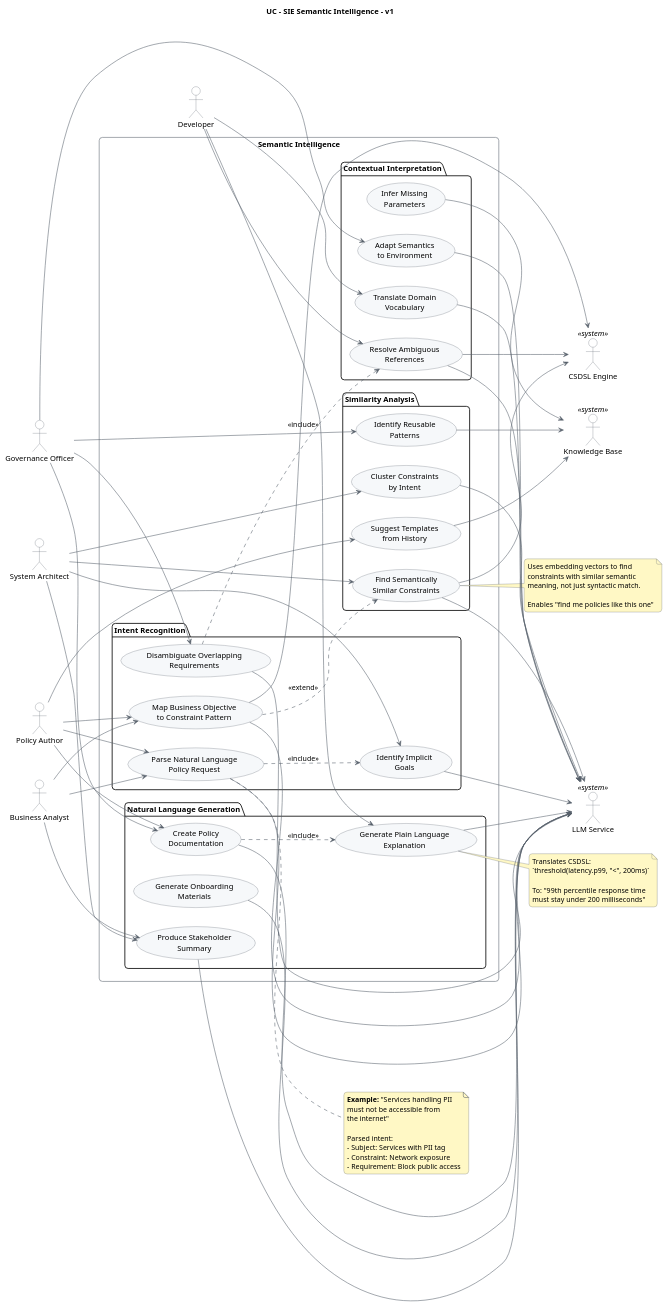
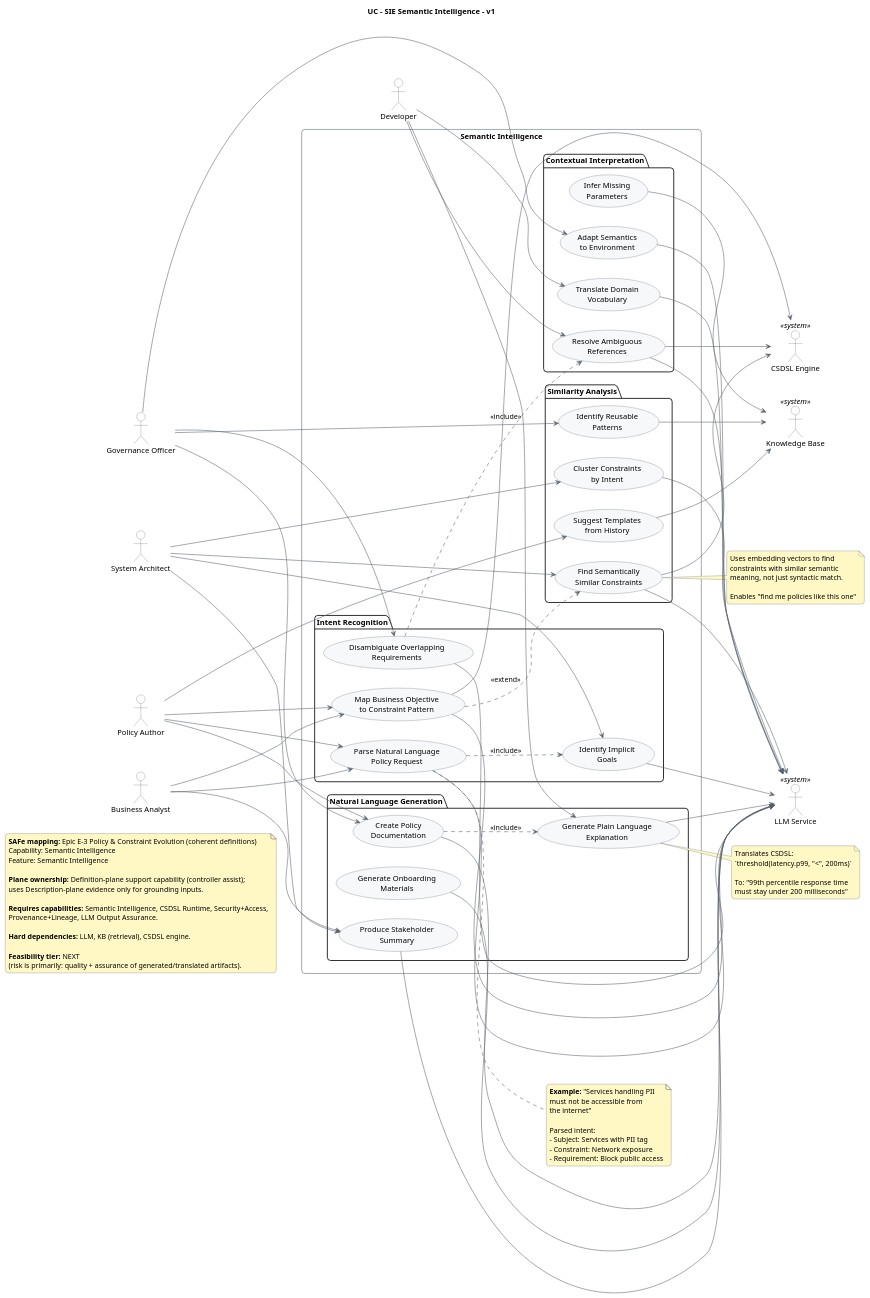
Before and after one commit to poesis-cloud/sie-definition-manager: the diagram in model/features/analytics-usecases/sie-semantic-intelligence-uc-v1.puml, drawn with PlantUML. The commit also changed 133 other files, not shown here.

```diff
--- a/model/features/analytics-usecases/sie-semantic-intelligence-uc-v1.puml
+++ b/model/features/analytics-usecases/sie-semantic-intelligence-uc-v1.puml
@@ -1,180 +1,197 @@
 @startuml sie-semantic-intelligence-uc-v1
 
 ' ============================================================
 ' VISUAL THEME
 ' ============================================================
 
 left to right direction
 skinparam shadowing false
 skinparam roundcorner 12
 skinparam ArrowColor #57606A
 skinparam DefaultFontName "SansSerif"
 skinparam backgroundColor #FFFFFF
 
 skinparam actorBackgroundColor #FFFFFF
 skinparam actorBorderColor #57606A
 
 skinparam usecaseBackgroundColor #F6F8FA
 skinparam usecaseBorderColor #57606A
 
 skinparam rectangleBackgroundColor #FFFFFF
 skinparam rectangleBorderColor #57606A
 
 skinparam noteBackgroundColor #FFF8C5
 skinparam noteBorderColor #57606A
 
 ' ============================================================
 
 title UC - SIE Semantic Intelligence - v1
+
+note as FeasibilityNote
+  **SAFe mapping:** Epic E-3 Policy & Constraint Evolution (coherent definitions)
+  Capability: Semantic Intelligence
+  Feature: Semantic Intelligence
+
+  **Plane ownership:** Definition-plane support capability (controller assist);
+  uses Description-plane evidence only for grounding inputs.
+
+  **Requires capabilities:** Semantic Intelligence, CSDSL Runtime, Security+Access,
+  Provenance+Lineage, LLM Output Assurance.
+
+  **Hard dependencies:** LLM, KB (retrieval), CSDSL engine.
+
+  **Feasibility tier:** NEXT
+  (risk is primarily: quality + assurance of generated/translated artifacts).
+end note
 
 ' ============================================================
 ' ACTORS
 ' ============================================================
 
 actor "Policy Author" as PolicyAuthor
 actor "System Architect" as Architect
 actor "Developer" as Developer
 actor "Governance Officer" as GovOfficer
 actor "Business Analyst" as BA
 
 actor "CSDSL Engine" as CsdslEngine <<system>>
 actor "LLM Service" as LLM <<system>>
 actor "Knowledge Base" as KB <<system>>
 
 ' ============================================================
 ' USE CASES
 ' ============================================================
 
 rectangle "Semantic Intelligence" {
 
   ' --- Intent Recognition ---
   package "Intent Recognition" {
     usecase "Parse Natural Language\nPolicy Request" as UC_ParseNL
     usecase "Identify Implicit\nGoals" as UC_ImplicitGoals
     usecase "Map Business Objective\nto Constraint Pattern" as UC_MapObjective
     usecase "Disambiguate Overlapping\nRequirements" as UC_Disambiguate
   }
 
   ' --- Contextual Interpretation ---
   package "Contextual Interpretation" {
     usecase "Resolve Ambiguous\nReferences" as UC_ResolveAmbiguous
     usecase "Infer Missing\nParameters" as UC_InferParams
     usecase "Adapt Semantics\nto Environment" as UC_AdaptSemantics
     usecase "Translate Domain\nVocabulary" as UC_TranslateDomain
   }
 
   ' --- Similarity Analysis ---
   package "Similarity Analysis" {
     usecase "Find Semantically\nSimilar Constraints" as UC_FindSimilar
     usecase "Identify Reusable\nPatterns" as UC_ReusablePatterns
     usecase "Cluster Constraints\nby Intent" as UC_ClusterIntent
     usecase "Suggest Templates\nfrom History" as UC_SuggestTemplates
   }
 
   ' --- Natural Language Generation ---
   package "Natural Language Generation" {
     usecase "Generate Plain Language\nExplanation" as UC_GenerateExplanation
     usecase "Produce Stakeholder\nSummary" as UC_StakeholderSummary
     usecase "Create Policy\nDocumentation" as UC_CreateDocs
     usecase "Generate Onboarding\nMaterials" as UC_OnboardingMaterials
   }
 }
 
 ' ============================================================
 ' RELATIONSHIPS - Actors to Use Cases
 ' ============================================================
 
 ' Policy Author interactions
 PolicyAuthor --> UC_ParseNL
 PolicyAuthor --> UC_MapObjective
 PolicyAuthor --> UC_SuggestTemplates
 PolicyAuthor --> UC_CreateDocs
 
 ' Architect interactions
 Architect --> UC_ImplicitGoals
 Architect --> UC_FindSimilar
 Architect --> UC_ClusterIntent
 Architect --> UC_StakeholderSummary
 
 ' Developer interactions
 Developer --> UC_ResolveAmbiguous
 Developer --> UC_TranslateDomain
 Developer --> UC_GenerateExplanation
 
 ' Governance Officer interactions
 GovOfficer --> UC_Disambiguate
 GovOfficer --> UC_AdaptSemantics
 GovOfficer --> UC_ReusablePatterns
 GovOfficer --> UC_CreateDocs
 
 ' Business Analyst interactions
 BA --> UC_ParseNL
 BA --> UC_MapObjective
 BA --> UC_StakeholderSummary
 
 ' ============================================================
 ' RELATIONSHIPS - System Actors
 ' ============================================================
 
 UC_ParseNL --> LLM
 UC_ImplicitGoals --> LLM
 UC_MapObjective --> LLM
 UC_Disambiguate --> LLM
 UC_ResolveAmbiguous --> LLM
 UC_InferParams --> KB
 UC_AdaptSemantics --> LLM
 UC_TranslateDomain --> LLM
 UC_FindSimilar --> LLM
 UC_ReusablePatterns --> KB
 UC_ClusterIntent --> LLM
 UC_SuggestTemplates --> KB
 UC_GenerateExplanation --> LLM
 UC_StakeholderSummary --> LLM
 UC_CreateDocs --> LLM
 UC_OnboardingMaterials --> LLM
 
 UC_MapObjective --> CsdslEngine
 UC_ResolveAmbiguous --> CsdslEngine
 UC_FindSimilar --> CsdslEngine
 
 ' ============================================================
 ' RELATIONSHIPS - Include/Extend
 ' ============================================================
 
 UC_ParseNL ..> UC_ImplicitGoals : <<include>>
 UC_MapObjective ..> UC_FindSimilar : <<extend>>
 UC_Disambiguate ..> UC_ResolveAmbiguous : <<include>>
 UC_CreateDocs ..> UC_GenerateExplanation : <<include>>
 
 ' ============================================================
 ' NOTES
 ' ============================================================
 
 note right of UC_ParseNL
   **Example:** "Services handling PII
   must not be accessible from
   the internet"
   
   Parsed intent:
   - Subject: Services with PII tag
   - Constraint: Network exposure
   - Requirement: Block public access
 end note
 
 note right of UC_FindSimilar
   Uses embedding vectors to find
   constraints with similar semantic
   meaning, not just syntactic match.
   
   Enables "find me policies like this one"
 end note
 
 note right of UC_GenerateExplanation
   Translates CSDSL:
   `threshold(latency.p99, "<", 200ms)`
   
   To: "99th percentile response time
   must stay under 200 milliseconds"
 end note
 
 @enduml
```
